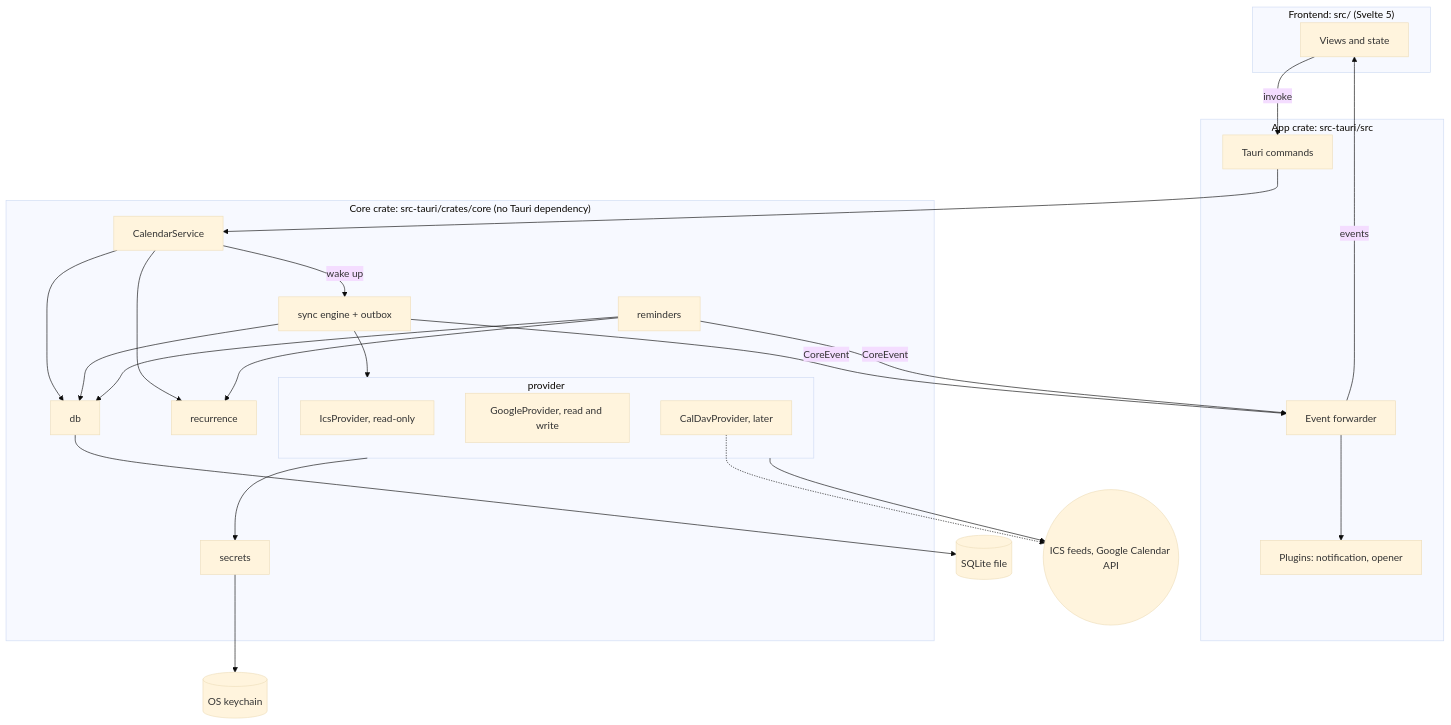
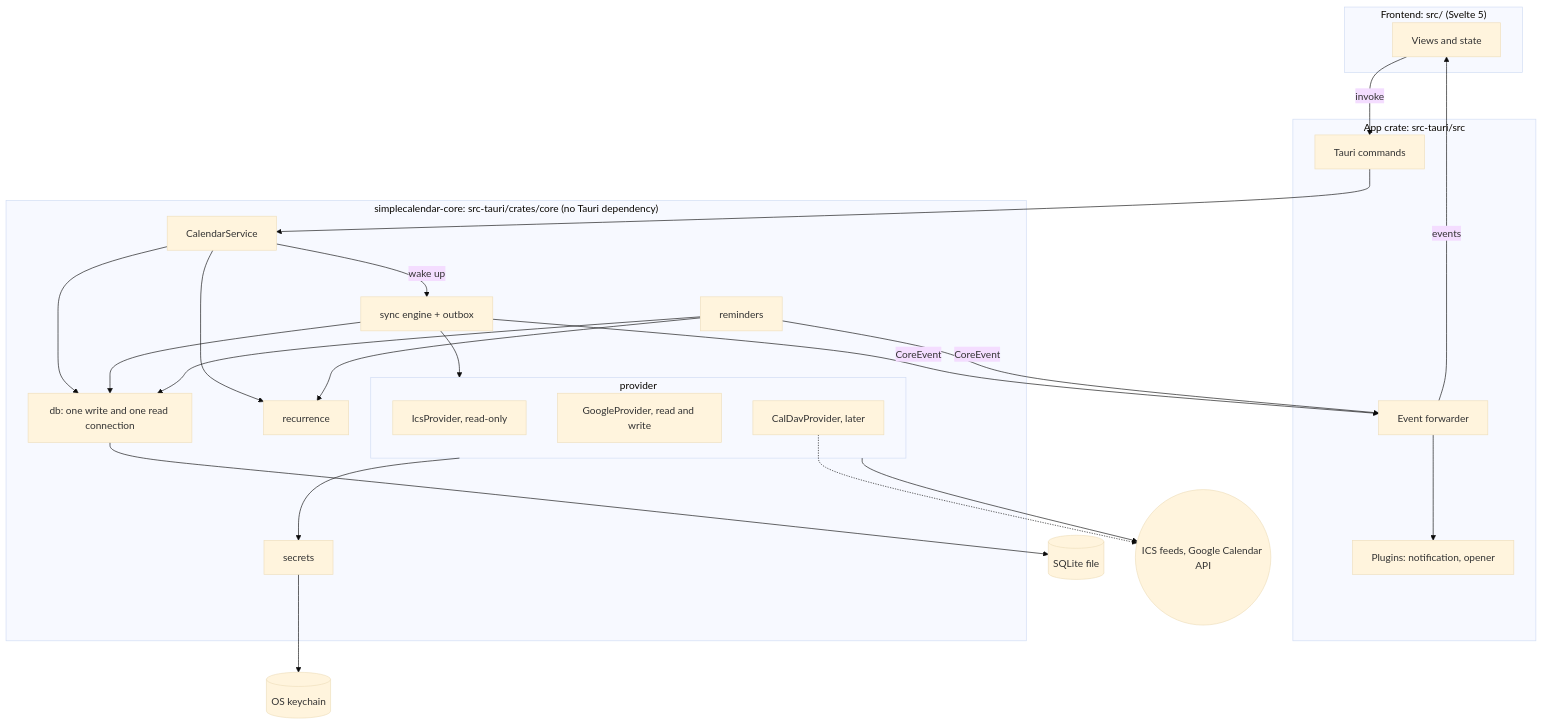
The first of 2 diagrams in docs/architecture.md (Adriaan-Cloet/SimpleCalendar), drawn with Mermaid (base theme) before and after one commit. The commit also changed other lines of this file and 1 other file, not shown here.

First line of the commit message:
docs: apply review feedback to architecture and ADR

````diff
--- a/docs/architecture.md
+++ b/docs/architecture.md
@@ -41,49 +63,49 @@
 ```mermaid
 flowchart TB
     subgraph FE["Frontend: src/ (Svelte 5)"]
         UI["Views and state"]
     end
 
     subgraph APP["App crate: src-tauri/src"]
         CMD["Tauri commands"]
         FWD["Event forwarder"]
         PLG["Plugins: notification, opener"]
     end
 
-    subgraph CORE["Core crate: src-tauri/crates/core (no Tauri dependency)"]
+    subgraph CORE["simplecalendar-core: src-tauri/crates/core (no Tauri dependency)"]
         SVC["CalendarService"]
         REC["recurrence"]
         REM["reminders"]
-        DB["db"]
+        DB["db: one write and one read connection"]
         ENG["sync engine + outbox"]
         SEC["secrets"]
         subgraph PRV["provider"]
             ICS["IcsProvider, read-only"]
             GOO["GoogleProvider, read and write"]
             DAV["CalDavProvider, later"]
         end
     end
 
     SQL[("SQLite file")]
     KEY[("OS keychain")]
     NET(("ICS feeds, Google Calendar API"))
 
     UI -->|invoke| CMD
     FWD -->|events| UI
     CMD --> SVC
     SVC --> REC
     SVC --> DB
     SVC -->|wake up| ENG
     ENG --> DB
     ENG --> PRV
     REM --> DB
     REM --> REC
     PRV --> SEC
     PRV --> NET
     DB --> SQL
     SEC --> KEY
     ENG -->|CoreEvent| FWD
     REM -->|CoreEvent| FWD
     FWD --> PLG
     DAV -.-> NET
 ```
````
